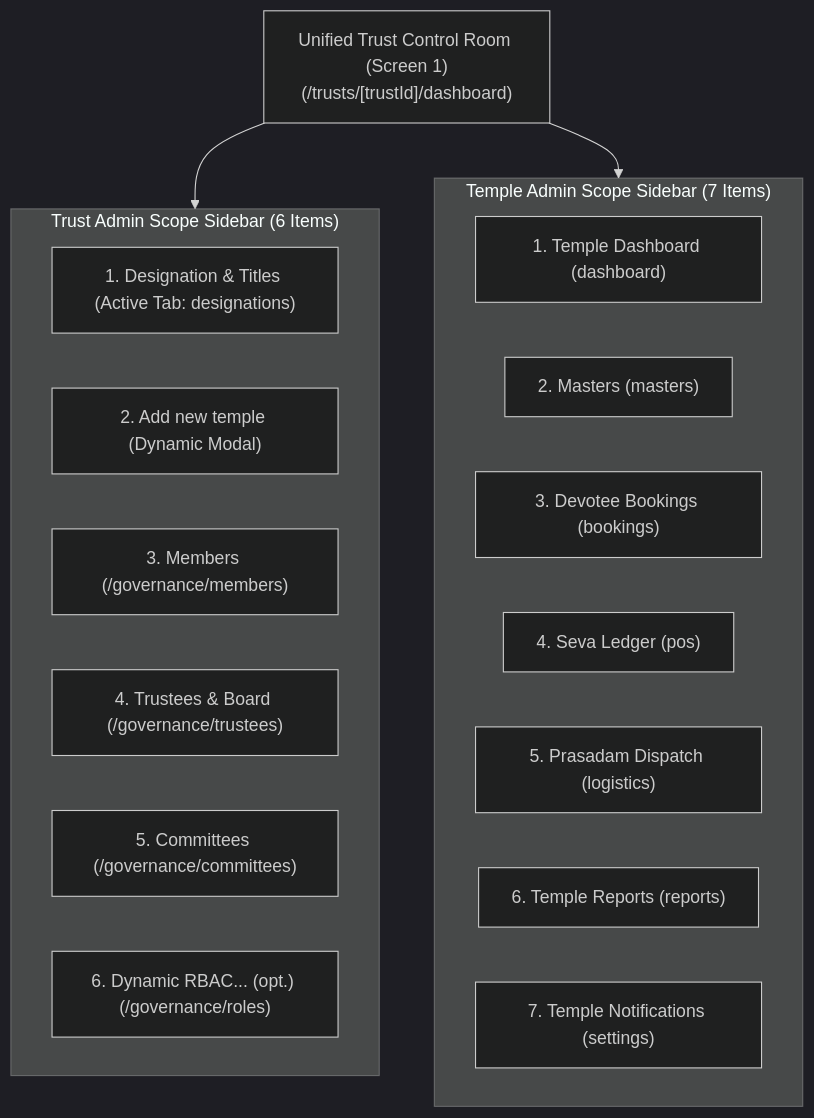
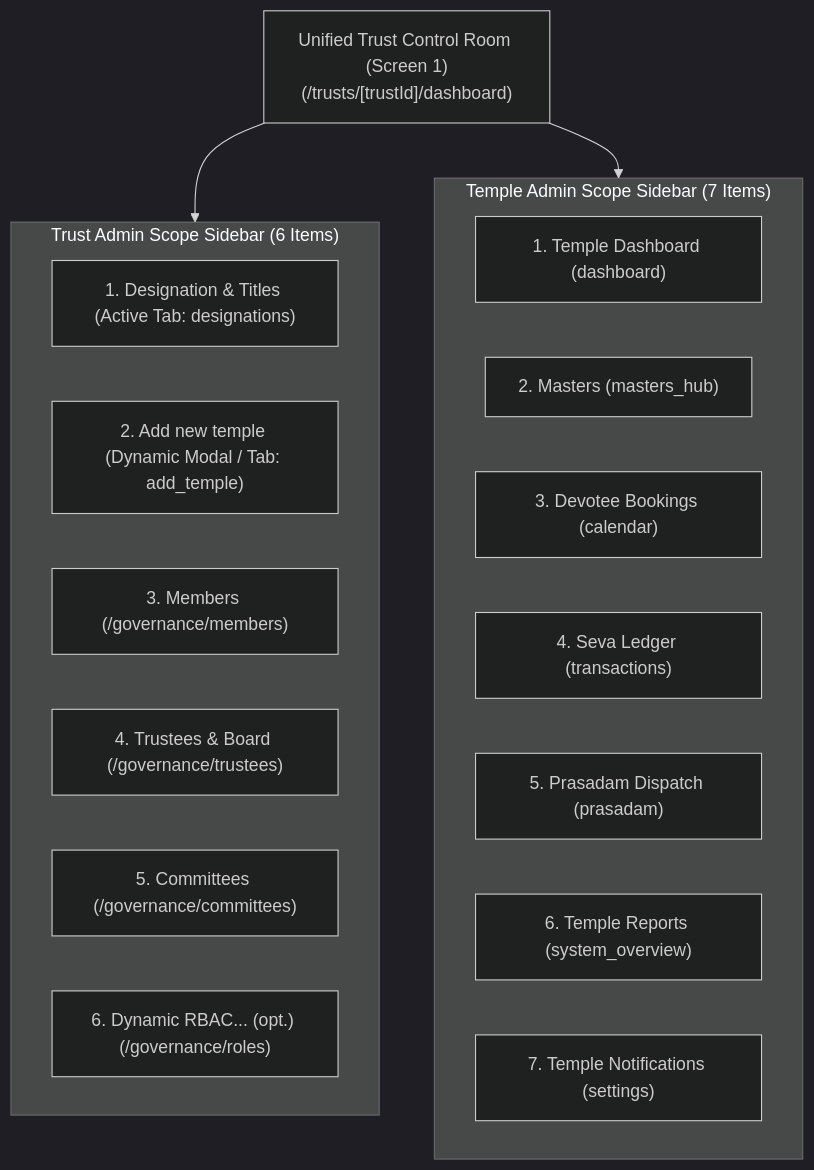
One commit to prahasanp07/sankalpavani-admin-v1 changed the first of 3 diagrams in PROJECT_IMPLEMENTATION_ANALYSIS_REPORT.md. Above: the diagram before and after it, drawn with Mermaid (dark theme). The commit also changed other lines of this file and 10 other files, not shown here.

````diff
--- a/PROJECT_IMPLEMENTATION_ANALYSIS_REPORT.md
+++ b/PROJECT_IMPLEMENTATION_ANALYSIS_REPORT.md
@@ -237,25 +271,25 @@
 ```mermaid
 graph TD
     subgraph TrustAdminScope["Trust Admin Scope Sidebar (6 Items)"]
         T1["1. Designation & Titles (Active Tab: designations)"]
-        T2["2. Add new temple (Dynamic Modal)"]
+        T2["2. Add new temple (Dynamic Modal / Tab: add_temple)"]
         T3["3. Members (/governance/members)"]
         T4["4. Trustees & Board (/governance/trustees)"]
         T5["5. Committees (/governance/committees)"]
         T6["6. Dynamic RBAC... (opt.) (/governance/roles)"]
     end
 
     subgraph TempleAdminScope["Temple Admin Scope Sidebar (7 Items)"]
         M1["1. Temple Dashboard (dashboard)"]
-        M2["2. Masters (masters)"]
-        M3["3. Devotee Bookings (bookings)"]
-        M4["4. Seva Ledger (pos)"]
-        M5["5. Prasadam Dispatch (logistics)"]
-        M6["6. Temple Reports (reports)"]
+        M2["2. Masters (masters_hub)"]
+        M3["3. Devotee Bookings (calendar)"]
+        M4["4. Seva Ledger (transactions)"]
+        M5["5. Prasadam Dispatch (prasadam)"]
+        M6["6. Temple Reports (system_overview)"]
         M7["7. Temple Notifications (settings)"]
     end
 
     Dashboard["Unified Trust Control Room (Screen 1)\n(/trusts/[trustId]/dashboard)"]
     Dashboard --> TrustAdminScope
     Dashboard --> TempleAdminScope
 ```
````
